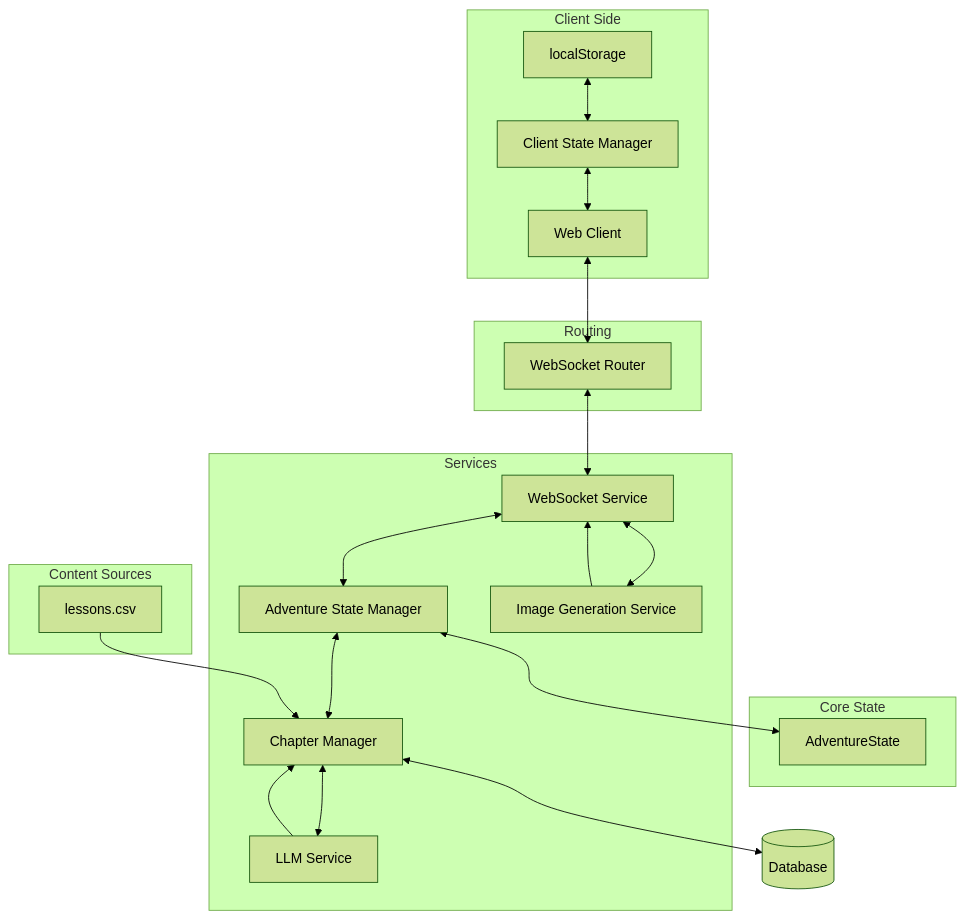
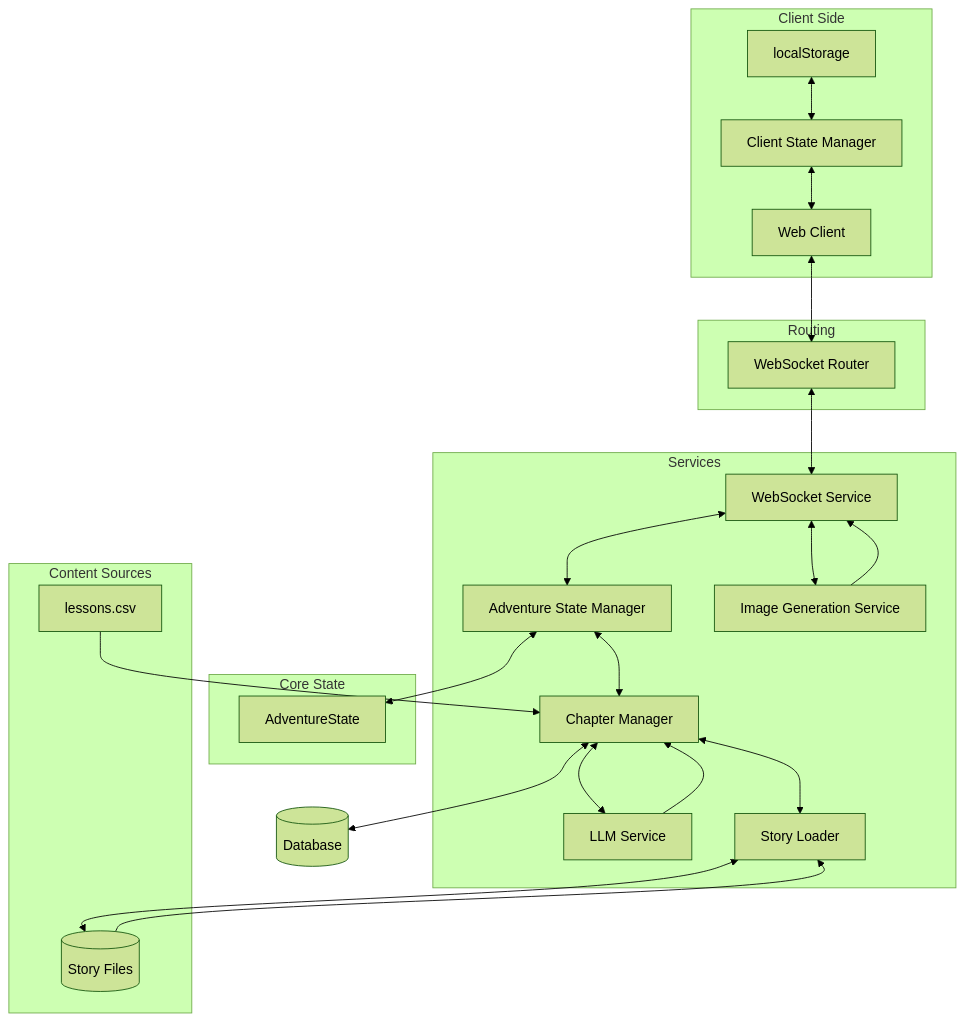
One commit to DesmondChoy/adventures changed the diagram in README.md. Above: the diagram before and after it, drawn with Mermaid (forest theme). The commit also changed other lines of this file, not shown here.

First line of the commit message:
docs: Update README with refined project description and architecture

````diff
--- a/README.md
+++ b/README.md
@@ -27,38 +27,42 @@
 ```mermaid
 graph TD
     Client[Web Client] <--> WSR[WebSocket Router]
     WSR <--> WSS[WebSocket Service]
     WSS <--> ASM[Adventure State Manager]
     ASM <--> AS[AdventureState]
     ASM <--> CM[Chapter Manager]
     CM <--> LLM[LLM Service]
     CM <--> DB[(Database)]
     WSS <--> IMG[Image Generation Service]
+    CM <--> SL[Story Loader]
+    SL <--> SF[(Story Files)]
 
     subgraph Client Side
         LP[localStorage] <--> CSM[Client State Manager]
         CSM <--> Client
     end
 
     subgraph Core State
         AS
     end
 
     subgraph Services
         WSS
         ASM
         CM
         LLM
         IMG
+        SL
     end
 
     subgraph Routing
         WSR
     end
 
     subgraph Content Sources
         CSV[lessons.csv] --> CM
         LLM --> CM
         IMG --> WSS
+        SF --> SL
     end
 ```
````
